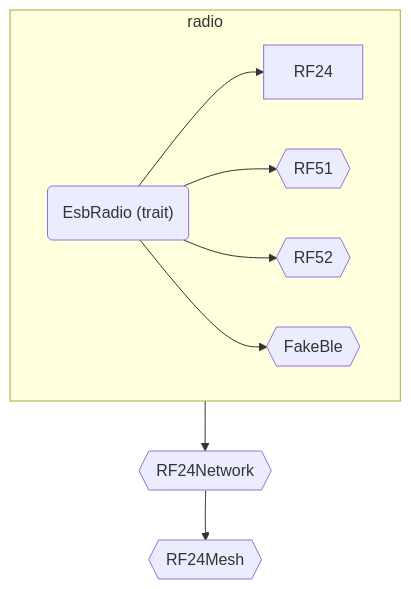
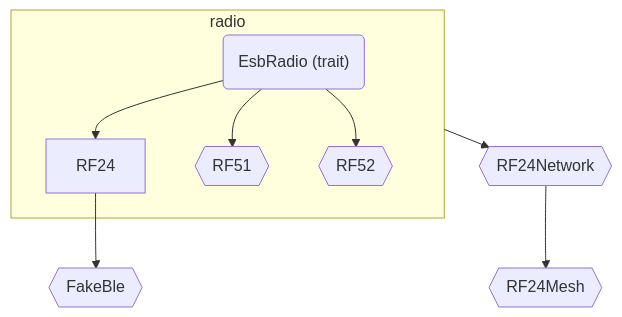
The diagram in docs/src/api-diff.md (nRF24/rf24-rs), drawn with Mermaid before and after one commit. The commit also changed other lines of this file and 4 other files, not shown here.

````diff
--- a/docs/src/api-diff.md
+++ b/docs/src/api-diff.md
@@ -74,12 +71,12 @@
 ```mermaid
 flowchart TD
     subgraph radio
     esb("EsbRadio (trait)") --> RF24
     esb --> nrf51{{RF51}}
     esb --> nrf52{{RF52}}
-    esb--> ble{{FakeBle}}
     end
 
+    RF24 --> ble{{FakeBle}}
     radio --> net{{RF24Network}}
     net --> mesh{{RF24Mesh}}
 ```
````
